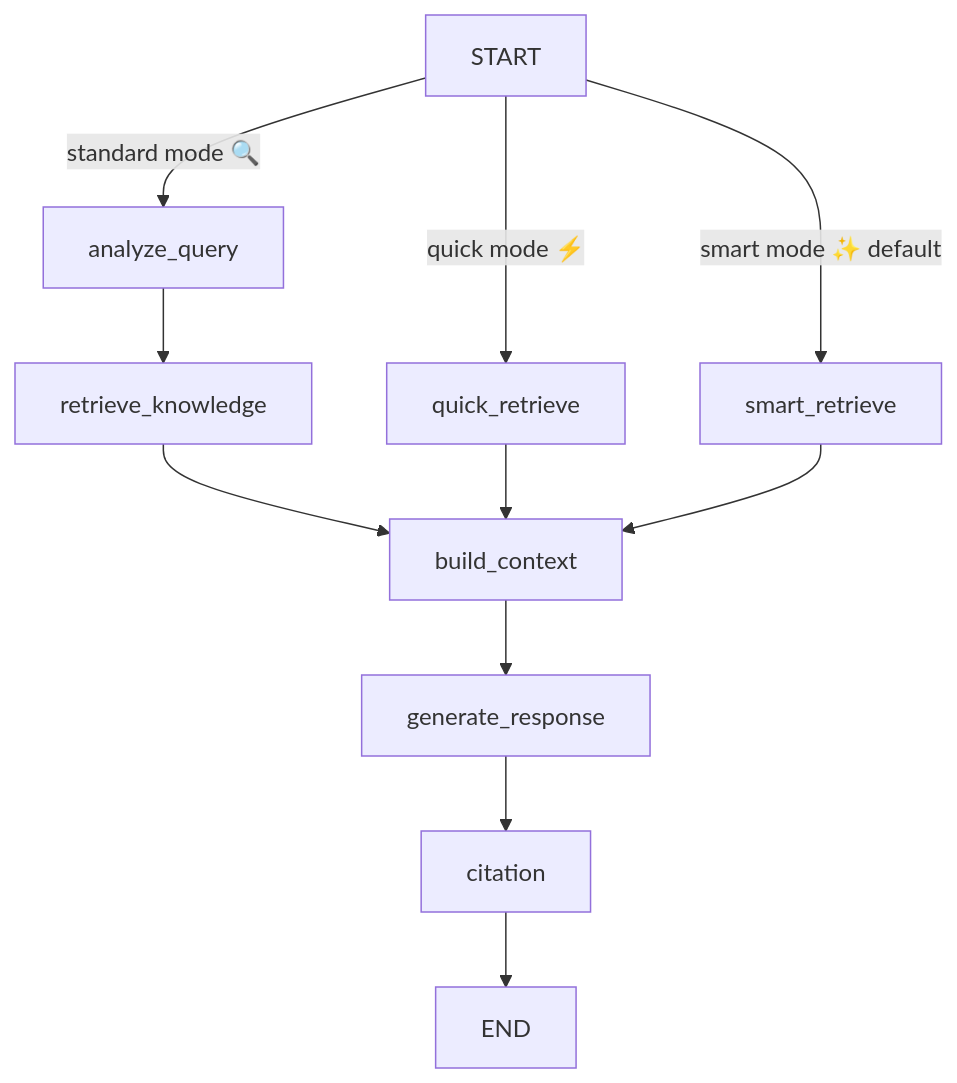
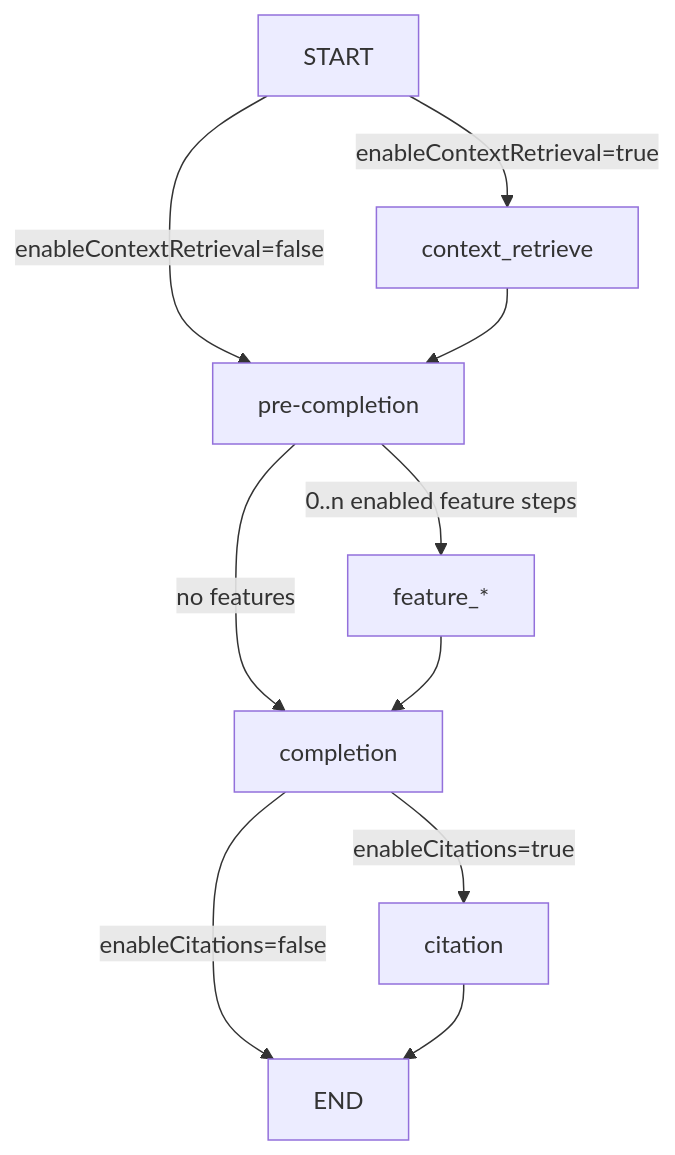
One commit to InvisibleQAQ/memorall changed the diagram in docs/knowledge-rag-service.md. Above: the diagram before and after it, drawn with Mermaid. The commit also changed other lines of this file and 7 other files, not shown here.

````diff
--- a/docs/knowledge-rag-service.md
+++ b/docs/knowledge-rag-service.md
@@ -58,13 +21,12 @@
 ```mermaid
 graph TD
-  START -->|smart mode ✨ default| SR[smart_retrieve]
-  START -->|quick mode ⚡| QR[quick_retrieve]
-  START -->|standard mode 🔍| AQ[analyze_query]
-  AQ --> RK[retrieve_knowledge]
-  RK --> BC[build_context]
-  QR --> BC
-  SR --> BC
-  BC --> GR[generate_response]
-  GR --> CIT[citation]
+  START -->|enableContextRetrieval=true| CR[context_retrieve]
+  START -->|enableContextRetrieval=false| PRE[pre-completion]
+  CR --> PRE
+  PRE -->|0..n enabled feature steps| FC[feature_*]
+  PRE -->|no features| CMP[completion]
+  FC --> CMP
+  CMP -->|enableCitations=true| CIT[citation]
+  CMP -->|enableCitations=false| END
   CIT --> END
 ```
````
